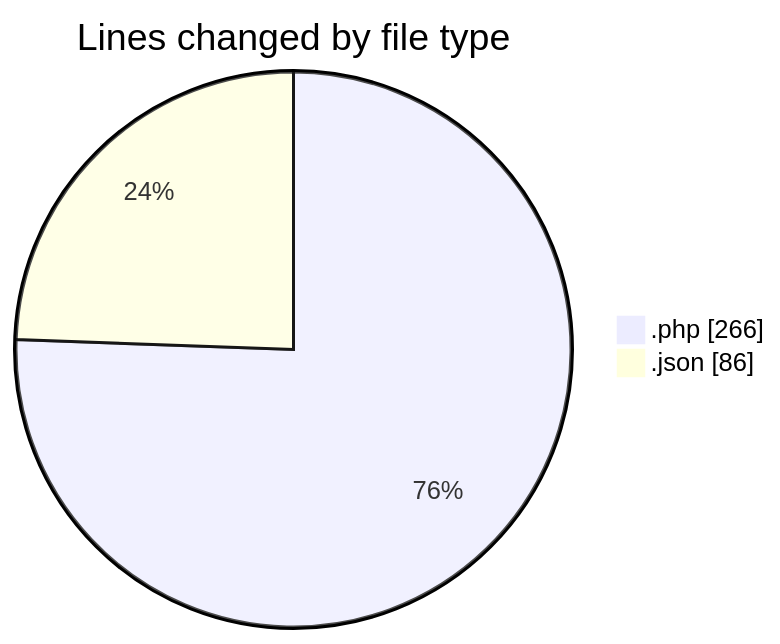
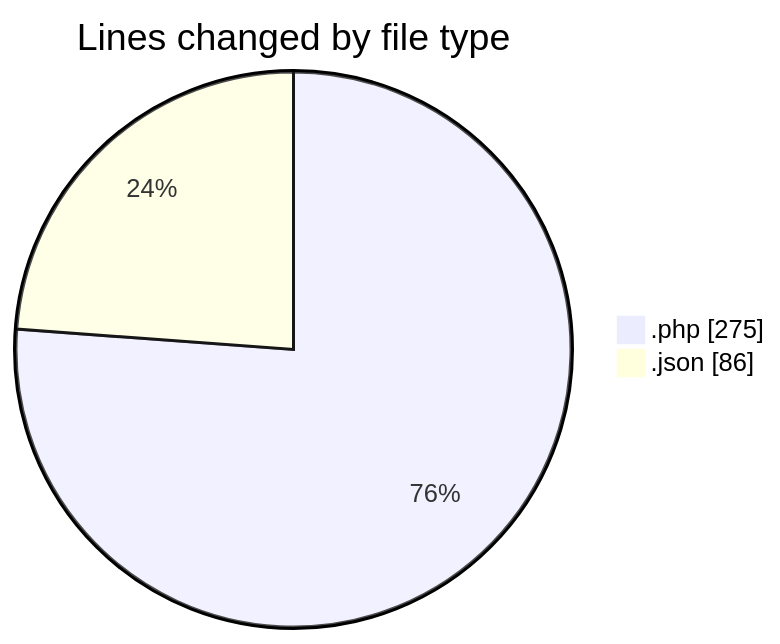
The first of 2 diagrams in 2025-04-11/zeytoon/README.md (vahidmafi/code-tracking), drawn with Mermaid before and after one commit. The commit also changed other lines of this file and 1 other file, not shown here.

````diff
--- a/2025-04-11/zeytoon/README.md
+++ b/2025-04-11/zeytoon/README.md
@@ -23,6 +23,6 @@
 ```mermaid
 pie showData
 title Lines changed by file type
-".php" : 266
+".php" : 275
 ".json" : 86
 ```
````
